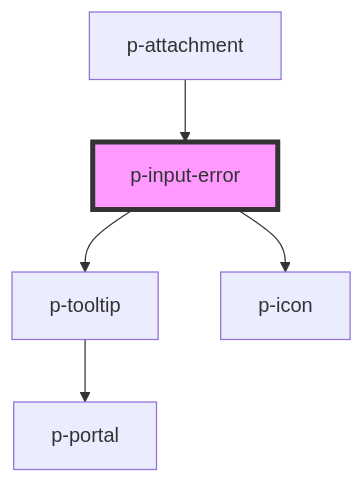
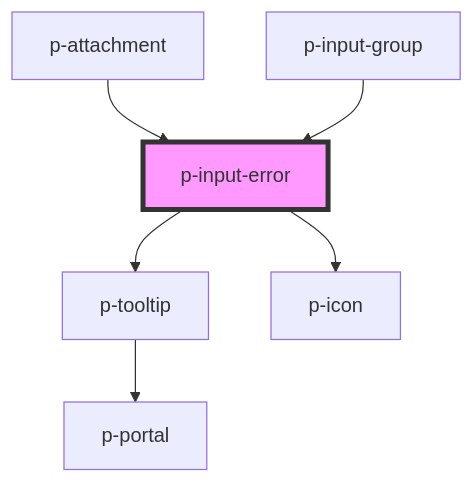
The diagram in packages/core/src/components/molecules/input-error/readme.md (Employes/Paperless), drawn with Mermaid before and after one commit. The commit also changed other lines of this file and 11 other files, not shown here.

Commit message:
fix(molecules): Revert removal of input-group temporarily

````diff
--- a/packages/core/src/components/molecules/input-error/readme.md
+++ b/packages/core/src/components/molecules/input-error/readme.md
@@ -28,8 +29,9 @@
 ```mermaid
 graph TD;
   p-input-error --> p-tooltip
   p-input-error --> p-icon
   p-tooltip --> p-portal
   p-attachment --> p-input-error
+  p-input-group --> p-input-error
   style p-input-error fill:#f9f,stroke:#333,stroke-width:4px
 ```
````
